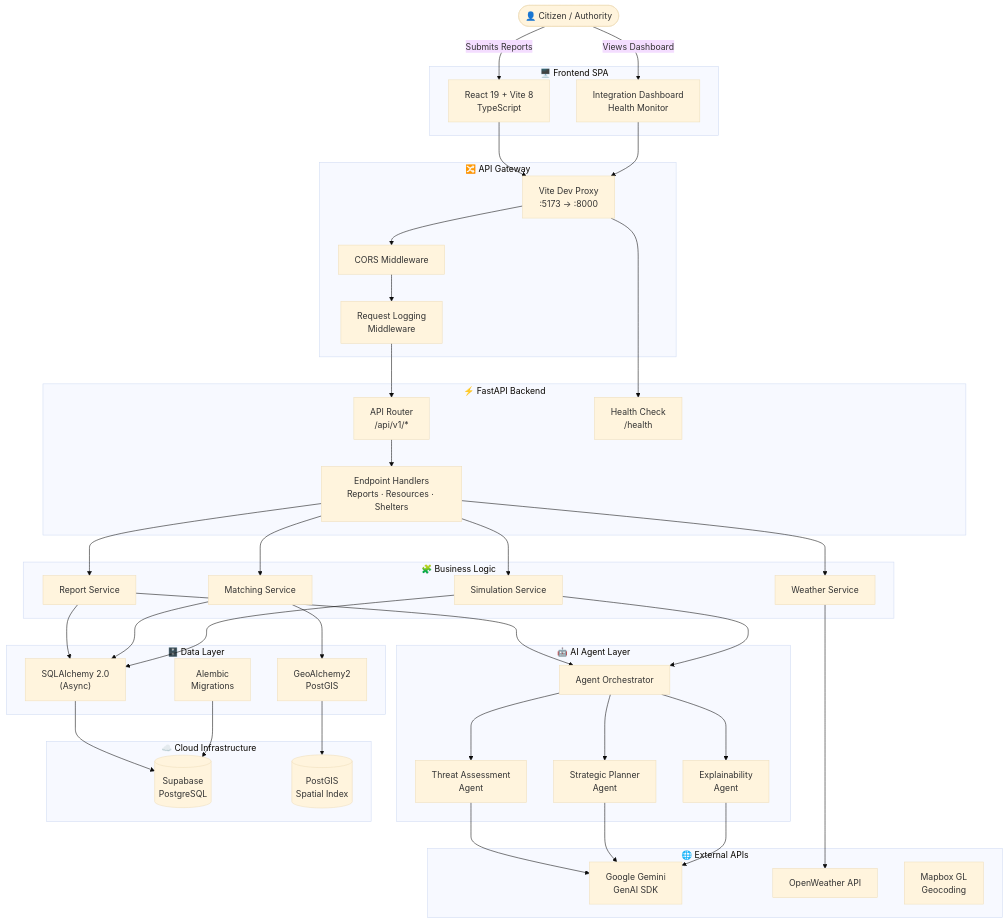
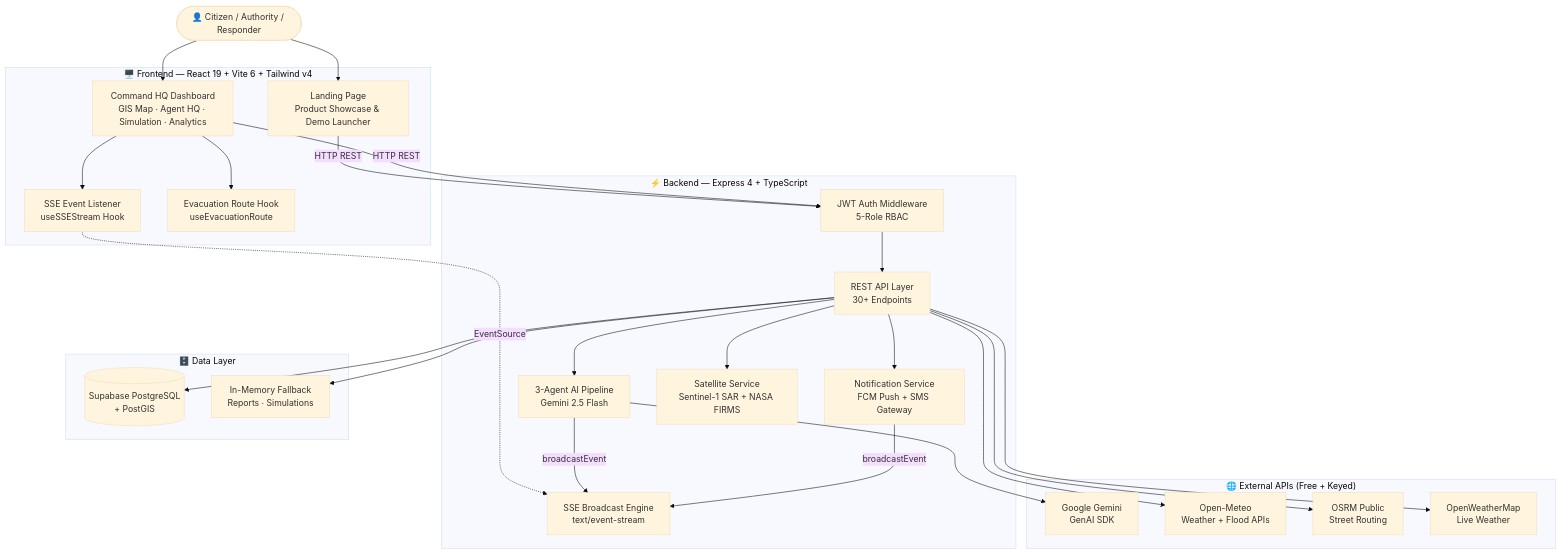
The first of 4 diagrams in README.md (goprocker/ResponseSync), drawn with Mermaid (base theme) before and after one commit. The commit also changed other lines of this file and 1 other file, not shown here.

Commit message:
docs(architecture): update README and fix dashboard tab routing

````diff
--- a/README.md
+++ b/README.md
@@ -51,77 +134,45 @@
 ```mermaid
 flowchart TD
-    %% Define Nodes
-    User([👤 Citizen / Authority])
+    User(["👤 Citizen / Authority / Responder"])
 
-    subgraph Client ["🖥️ Frontend SPA"]
-        UI["React 19 + Vite 8<br/>TypeScript"]
-        Dashboard["Integration Dashboard<br/>Health Monitor"]
+    subgraph Client ["🖥️ Frontend — React 19 + Vite 6 + Tailwind v4"]
+        Landing["Landing Page<br/>Product Showcase & Demo Launcher"]
+        Dashboard["Command HQ Dashboard<br/>GIS Map · Agent HQ · Simulation · Analytics"]
+        SSEClient["SSE Event Listener<br/>useSSEStream Hook"]
+        EvacHook["Evacuation Route Hook<br/>useEvacuationRoute"]
     end
 
-    subgraph Gateway ["🔀 API Gateway"]
-        Proxy["Vite Dev Proxy<br/>:5173 → :8000"]
-        CORS["CORS Middleware"]
-        Logger["Request Logging<br/>Middleware"]
+    subgraph Server ["⚡ Backend — Express 4 + TypeScript"]
+        Auth["JWT Auth Middleware<br/>5-Role RBAC"]
+        API["REST API Layer<br/>30+ Endpoints"]
+        SSEEngine["SSE Broadcast Engine<br/>text/event-stream"]
+        AgentPipeline["3-Agent AI Pipeline<br/>Gemini 2.5 Flash"]
+        NotifService["Notification Service<br/>FCM Push + SMS Gateway"]
+        SatService["Satellite Service<br/>Sentinel-1 SAR + NASA FIRMS"]
     end
 
-    subgraph API ["⚡ FastAPI Backend"]
-        Router["API Router<br/>/api/v1/*"]
-        Health["Health Check<br/>/health"]
-        Endpoints["Endpoint Handlers<br/>Reports · Resources · Shelters"]
-    end
-
-    subgraph Services ["🧩 Business Logic"]
-        ReportSvc["Report Service"]
-        WeatherSvc["Weather Service"]
-        MatchSvc["Matching Service"]
-        SimSvc["Simulation Service"]
-    end
-
-    subgraph Intelligence ["🤖 AI Agent Layer"]
-        Orchestrator["Agent Orchestrator"]
-        ThreatAgent["Threat Assessment<br/>Agent"]
-        PlannerAgent["Strategic Planner<br/>Agent"]
-        ExplainAgent["Explainability<br/>Agent"]
+    subgraph External ["🌐 External APIs (Free + Keyed)"]
+        Gemini["Google Gemini<br/>GenAI SDK"]
+        OpenMeteo["Open-Meteo<br/>Weather + Flood APIs"]
+        OSRM["OSRM Public<br/>Street Routing"]
+        OWM["OpenWeatherMap<br/>Live Weather"]
     end
 
     subgraph Data ["🗄️ Data Layer"]
-        ORM["SQLAlchemy 2.0<br/>(Async)"]
-        Geo["GeoAlchemy2<br/>PostGIS"]
-        Alembic["Alembic<br/>Migrations"]
+        Supabase[("Supabase PostgreSQL<br/>+ PostGIS")]
+        InMemory["In-Memory Fallback<br/>Reports · Simulations"]
     end
 
-    subgraph Storage ["☁️ Cloud Infrastructure"]
-        DB[("Supabase<br/>PostgreSQL")]
-        PostGIS[("PostGIS<br/>Spatial Index")]
-    end
+    User --> Landing & Dashboard
+    Dashboard --> SSEClient & EvacHook
+    SSEClient -.->|EventSource| SSEEngine
 
-    subgraph External ["🌐 External APIs"]
-        Gemini["Google Gemini<br/>GenAI SDK"]
-        OpenWeather["OpenWeather API"]
-        Mapbox["Mapbox GL<br/>Geocoding"]
-    end
-
-    %% Connections
-    User -->|Submits Reports| UI
-    User -->|Views Dashboard| Dashboard
-    UI --> Proxy
-    Dashboard --> Proxy
-    Proxy --> CORS --> Logger --> Router
-    Proxy --> Health
-
-    Router --> Endpoints
-    Endpoints --> ReportSvc & WeatherSvc & MatchSvc & SimSvc
-
-    ReportSvc --> Orchestrator
-    SimSvc --> Orchestrator
-    Orchestrator --> ThreatAgent & PlannerAgent & ExplainAgent
-    ThreatAgent & PlannerAgent & ExplainAgent --> Gemini
-
-    WeatherSvc --> OpenWeather
-    MatchSvc --> Geo
-
-    ReportSvc & MatchSvc & SimSvc --> ORM
-    ORM --> DB
-    Geo --> PostGIS
-    Alembic --> DB
+    Landing & Dashboard -->|HTTP REST| Auth
+    Auth --> API
+    API --> AgentPipeline & NotifService & SatService
+    AgentPipeline --> Gemini
+    API --> OpenMeteo & OSRM & OWM
+    API --> Supabase & InMemory
+    AgentPipeline -->|broadcastEvent| SSEEngine
+    NotifService -->|broadcastEvent| SSEEngine
 ```
````
